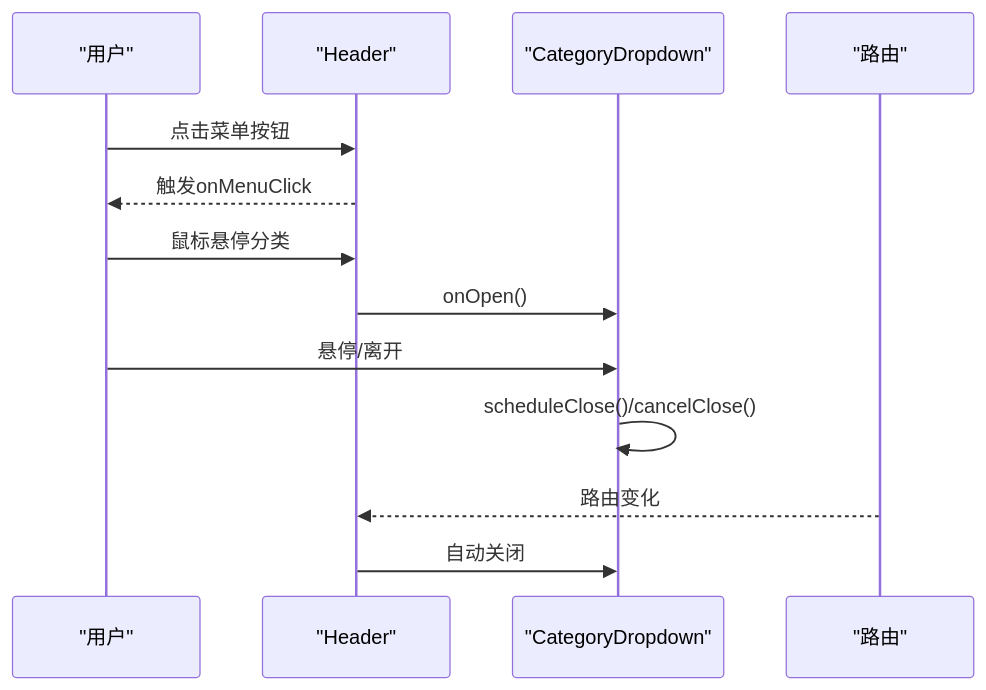
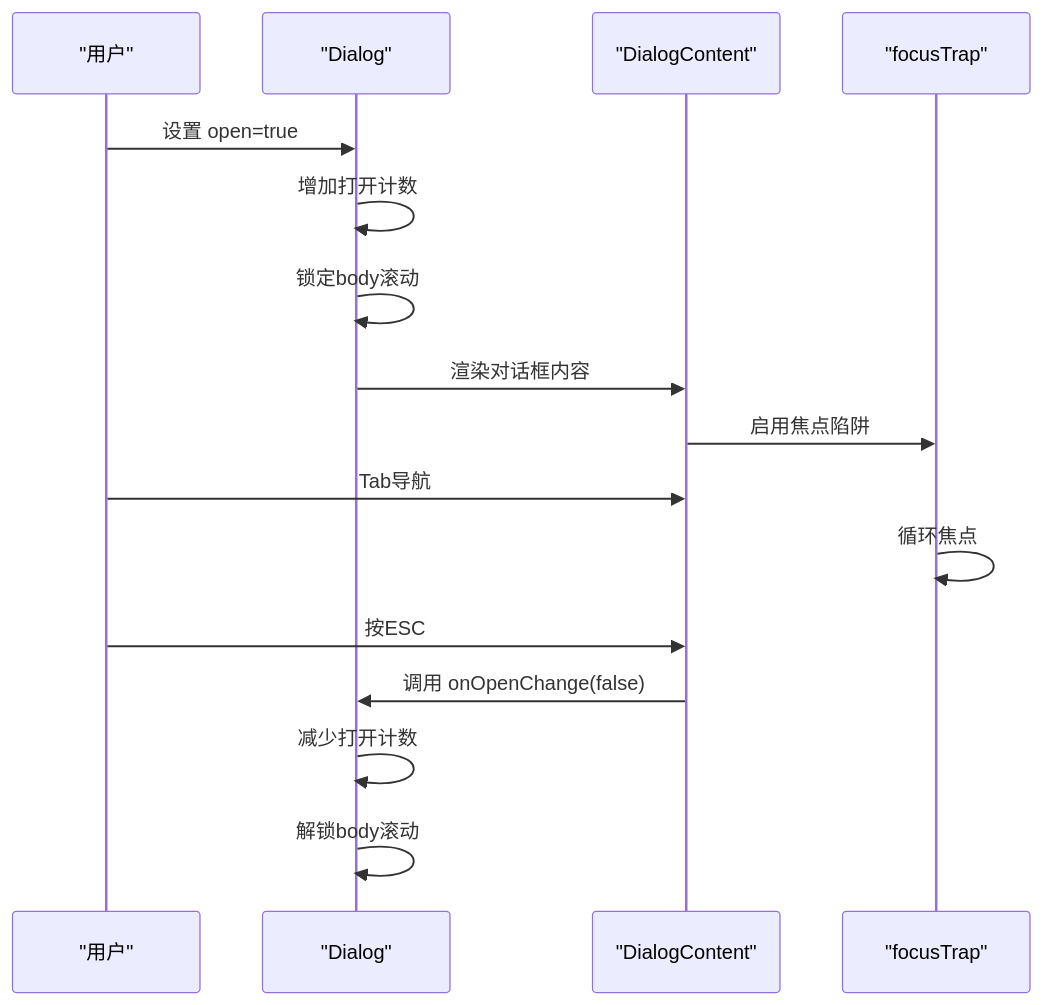
The third of 6 diagrams in .qoder/repowiki/zh/content/UI组件系统/UI组件系统.md (sgyy/privadeck), drawn with Mermaid before and after one commit. The commit also changed other lines of this file and 6 other files, not shown here.

````diff
--- a/.qoder/repowiki/zh/content/UI组件系统/UI组件系统.md
+++ b/.qoder/repowiki/zh/content/UI组件系统/UI组件系统.md
@@ -208,15 +359,18 @@
 ```mermaid
 sequenceDiagram
 participant U as "用户"
-participant H as "Header"
-participant CD as "CategoryDropdown"
-participant R as "路由"
-U->>H : 点击菜单按钮
-H-->>U : 触发onMenuClick
-U->>H : 鼠标悬停分类
-H->>CD : onOpen()
-U->>CD : 悬停/离开
-CD->>CD : scheduleClose()/cancelClose()
-R-->>H : 路由变化
-H->>CD : 自动关闭
+participant D as "Dialog"
+participant CT as "DialogContent"
+participant FT as "focusTrap"
+U->>D : 设置 open=true
+D->>D : 增加打开计数
+D->>D : 锁定body滚动
+D->>CT : 渲染对话框内容
+CT->>FT : 启用焦点陷阱
+U->>CT : Tab导航
+FT->>FT : 循环焦点
+U->>CT : 按ESC
+CT->>D : 调用 onOpenChange(false)
+D->>D : 减少打开计数
+D->>D : 解锁body滚动
 ```
````
